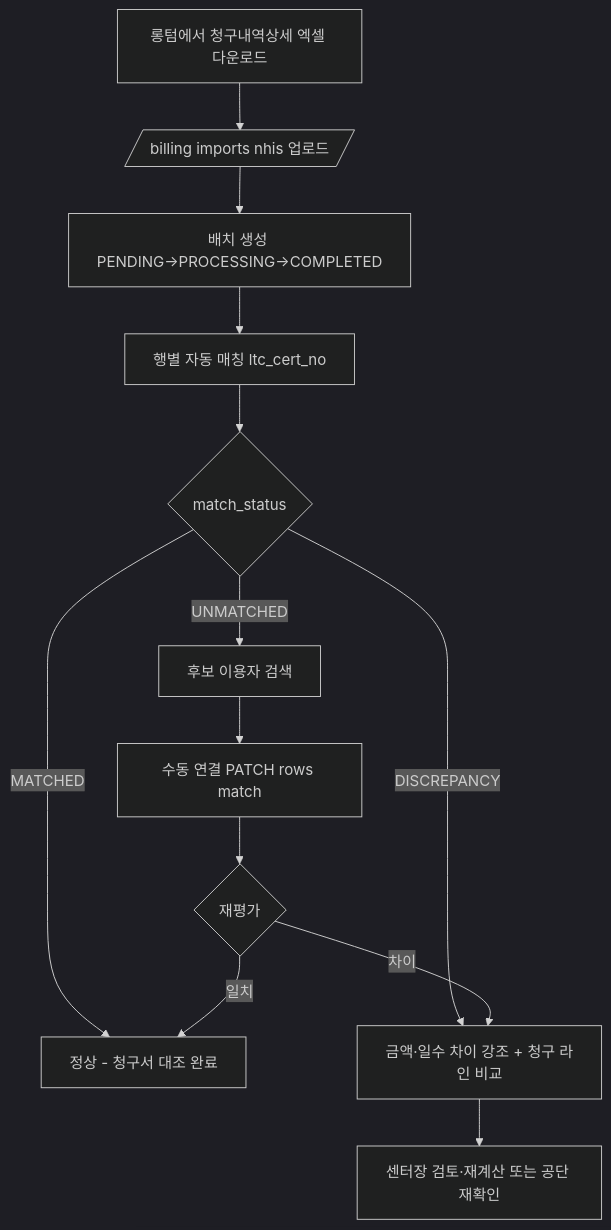
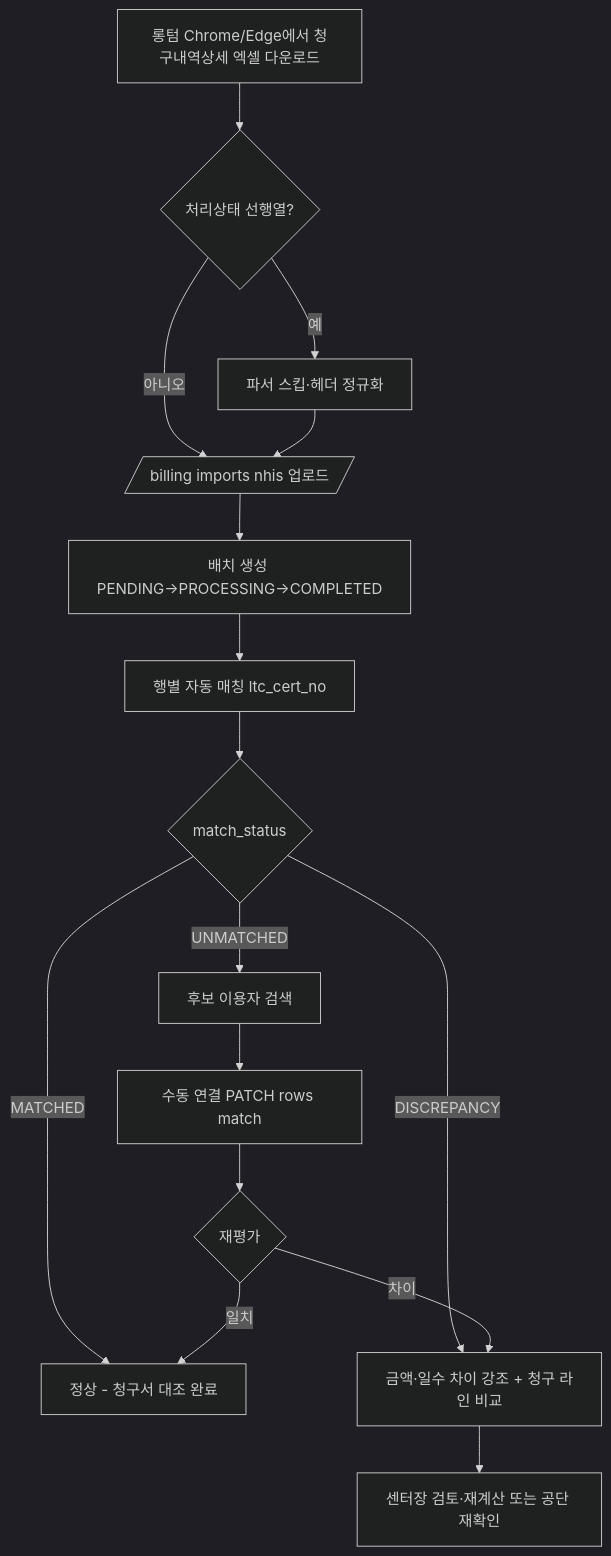
The ninth of 12 diagrams in docs/FLOWCHART.md (ogada-web/ogada), drawn with Mermaid (dark theme) before and after one commit. The commit also changed other lines of this file and 13 other files, not shown here.

````diff
--- a/docs/FLOWCHART.md
+++ b/docs/FLOWCHART.md
@@ -193,15 +193,18 @@
 ```mermaid
 flowchart TD
-  A[롱텀에서 청구내역상세 엑셀 다운로드] --> B[/billing imports nhis 업로드/]
+  A[롱텀 Chrome/Edge에서 청구내역상세 엑셀 다운로드] --> A1{처리상태 선행열?}
+  A1 -->|예| A2[파서 스킵·헤더 정규화]
+  A1 -->|아니오| B
+  A2 --> B[/billing imports nhis 업로드/]
   B --> C[배치 생성 PENDING→PROCESSING→COMPLETED]
   C --> D[행별 자동 매칭 ltc_cert_no]
   D --> E{match_status}
   E -->|MATCHED| F[정상 - 청구서 대조 완료]
   E -->|DISCREPANCY| G[금액·일수 차이 강조 + 청구 라인 비교]
   E -->|UNMATCHED| H[후보 이용자 검색]
   H --> I[수동 연결 PATCH rows match]
   I --> J{재평가}
   J -->|일치| F
   J -->|차이| G
   G --> K[센터장 검토·재계산 또는 공단 재확인]
 ```
````
